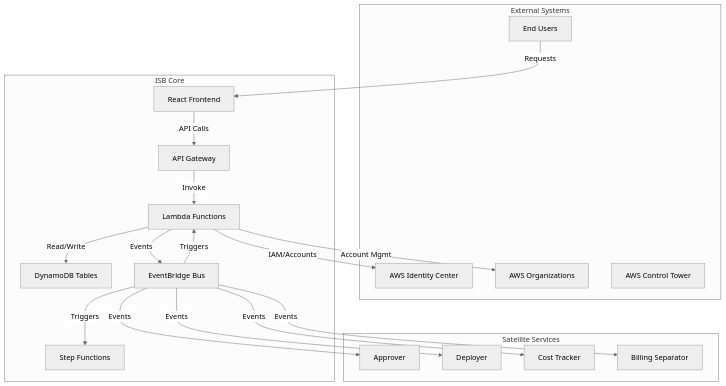
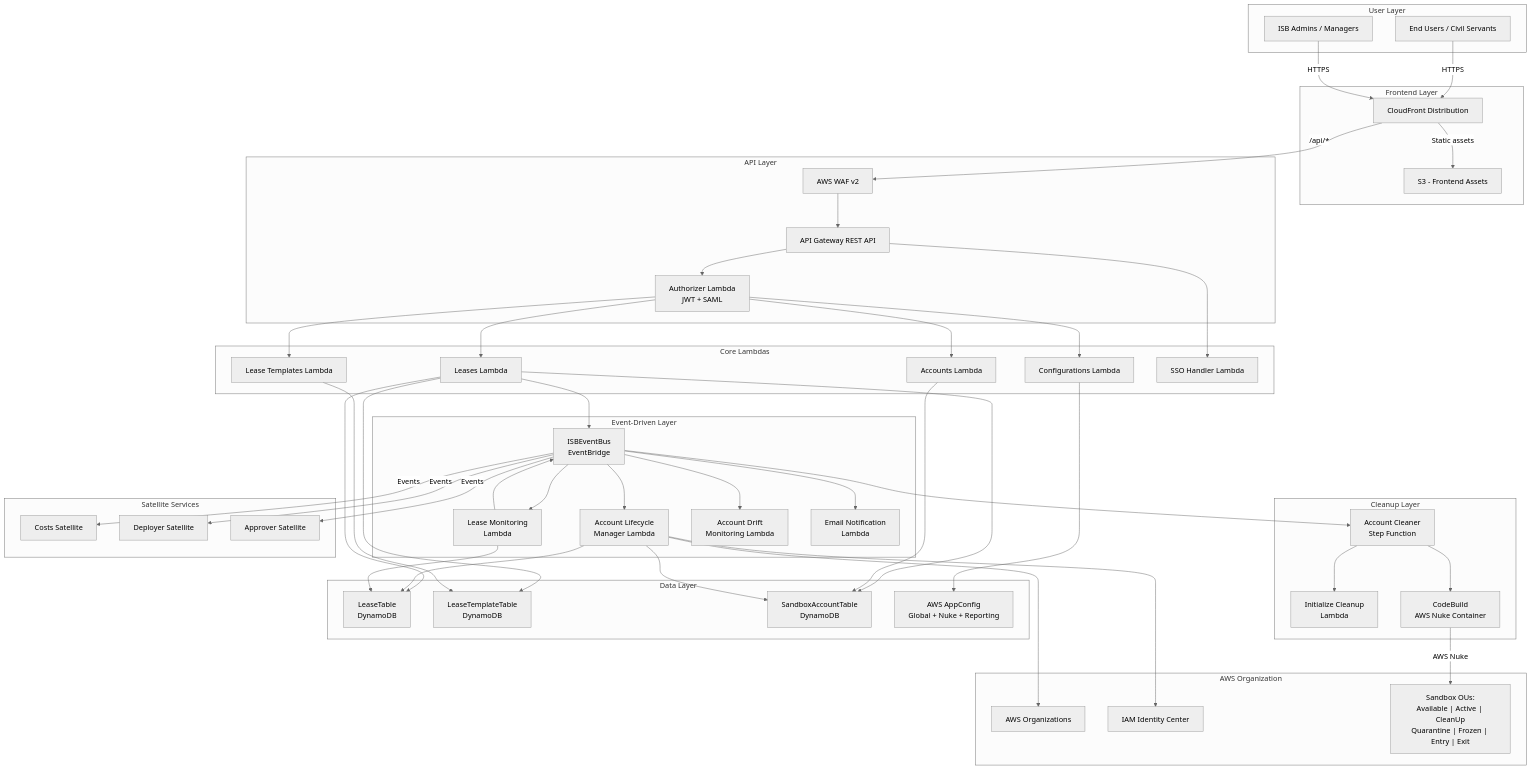
One commit to co-cddo/ndx-try-arch changed the first of 3 diagrams in docs/10-isb-core-architecture.md. Above: the diagram before and after it, drawn with Mermaid (neutral theme). The commit also changed other lines of this file and 41 other files, not shown here.

First line of the commit message:
docs: update NDX architecture documentation (#9)

````diff
--- a/docs/10-isb-core-architecture.md
+++ b/docs/10-isb-core-architecture.md
@@ -25,39 +15,99 @@
 ```mermaid
 graph TB
-    subgraph "External Systems"
-        IDC[AWS Identity Center]
-        ORGS[AWS Organizations]
-        CT[AWS Control Tower]
-        USERS[End Users]
+    subgraph "User Layer"
+        USERS[End Users / Civil Servants]
+        ADMINS[ISB Admins / Managers]
     end
 
-    subgraph "ISB Core"
-        API[API Gateway]
-        FRONTEND[React Frontend]
-        LAMBDA[Lambda Functions]
-        DDB[DynamoDB Tables]
-        EB[EventBridge Bus]
-        SFN[Step Functions]
+    subgraph "Frontend Layer"
+        CF[CloudFront Distribution]
+        S3FE[S3 - Frontend Assets]
+    end
+
+    subgraph "API Layer"
+        APIGW[API Gateway REST API]
+        WAF[AWS WAF v2]
+        AUTH[Authorizer Lambda<br/>JWT + SAML]
+    end
+
+    subgraph "Core Lambdas"
+        LEASES[Leases Lambda]
+        TEMPLATES[Lease Templates Lambda]
+        ACCOUNTS[Accounts Lambda]
+        CONFIG[Configurations Lambda]
+        SSO[SSO Handler Lambda]
+    end
+
+    subgraph "Event-Driven Layer"
+        EB[ISBEventBus<br/>EventBridge]
+        ALM[Account Lifecycle<br/>Manager Lambda]
+        LM[Lease Monitoring<br/>Lambda]
+        ADM[Account Drift<br/>Monitoring Lambda]
+        EMAIL[Email Notification<br/>Lambda]
+    end
+
+    subgraph "Cleanup Layer"
+        SFN[Account Cleaner<br/>Step Function]
+        INIT[Initialize Cleanup<br/>Lambda]
+        CB[CodeBuild<br/>AWS Nuke Container]
+    end
+
+    subgraph "Data Layer"
+        LEASE_TBL[LeaseTable<br/>DynamoDB]
+        TEMPLATE_TBL[LeaseTemplateTable<br/>DynamoDB]
+        ACCOUNT_TBL[SandboxAccountTable<br/>DynamoDB]
+        APPCONFIG[AWS AppConfig<br/>Global + Nuke + Reporting]
+    end
+
+    subgraph "AWS Organization"
+        ORGS[AWS Organizations]
+        IDC[IAM Identity Center]
+        OUs["Sandbox OUs:<br/>Available | Active | CleanUp<br/>Quarantine | Frozen | Entry | Exit"]
     end
 
     subgraph "Satellite Services"
-        APPROVER[Approver]
-        DEPLOYER[Deployer]
-        COSTS[Cost Tracker]
-        BILLING[Billing Separator]
+        COSTS[Costs Satellite]
+        DEPLOYER[Deployer Satellite]
+        APPROVER[Approver Satellite]
     end
 
-    USERS -->|Requests| FRONTEND
-    FRONTEND -->|API Calls| API
-    API -->|Invoke| LAMBDA
-    LAMBDA -->|Read/Write| DDB
-    LAMBDA -->|Events| EB
-    LAMBDA -->|IAM/Accounts| IDC
-    LAMBDA -->|Account Mgmt| ORGS
-    EB -->|Triggers| LAMBDA
-    EB -->|Triggers| SFN
+    USERS -->|HTTPS| CF
+    ADMINS -->|HTTPS| CF
+    CF -->|Static assets| S3FE
+    CF -->|/api/*| WAF
+    WAF --> APIGW
+    APIGW --> AUTH
+    AUTH --> LEASES
+    AUTH --> TEMPLATES
+    AUTH --> ACCOUNTS
+    AUTH --> CONFIG
+    APIGW --> SSO
+
+    LEASES --> LEASE_TBL
+    LEASES --> ACCOUNT_TBL
+    LEASES --> TEMPLATE_TBL
+    LEASES --> EB
+    TEMPLATES --> TEMPLATE_TBL
+    ACCOUNTS --> ACCOUNT_TBL
+    CONFIG --> APPCONFIG
+
+    EB --> ALM
+    EB --> LM
+    EB --> ADM
+    EB --> EMAIL
+    EB --> SFN
+    EB -->|Events| COSTS
+    EB -->|Events| DEPLOYER
     EB -->|Events| APPROVER
-    EB -->|Events| DEPLOYER
-    EB -->|Events| COSTS
-    EB -->|Events| BILLING
+
+    ALM --> ORGS
+    ALM --> IDC
+    ALM --> ACCOUNT_TBL
+    ALM --> LEASE_TBL
+    LM --> LEASE_TBL
+    LM --> EB
+
+    SFN --> INIT
+    SFN --> CB
+    CB -->|AWS Nuke| OUs
 ```
````
